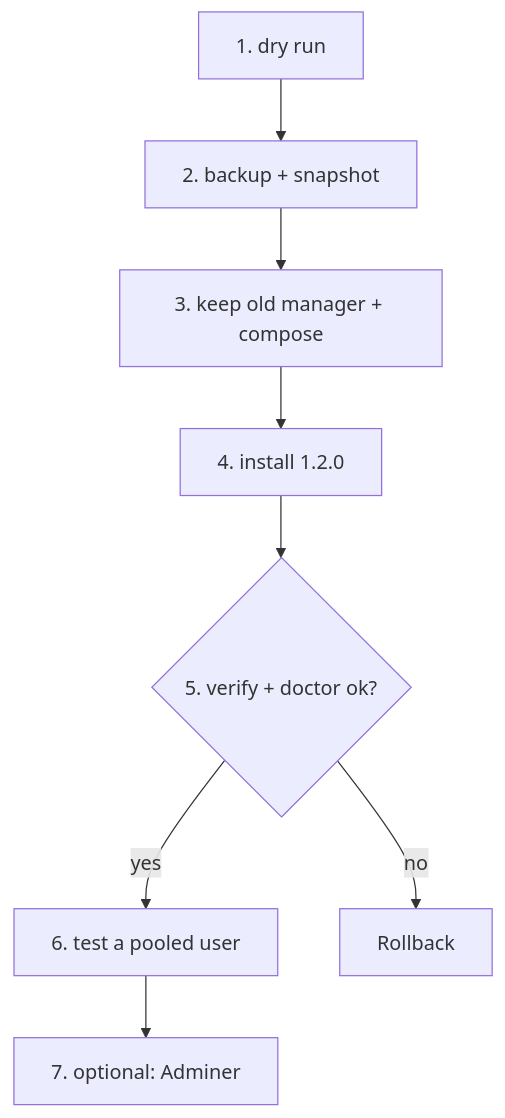
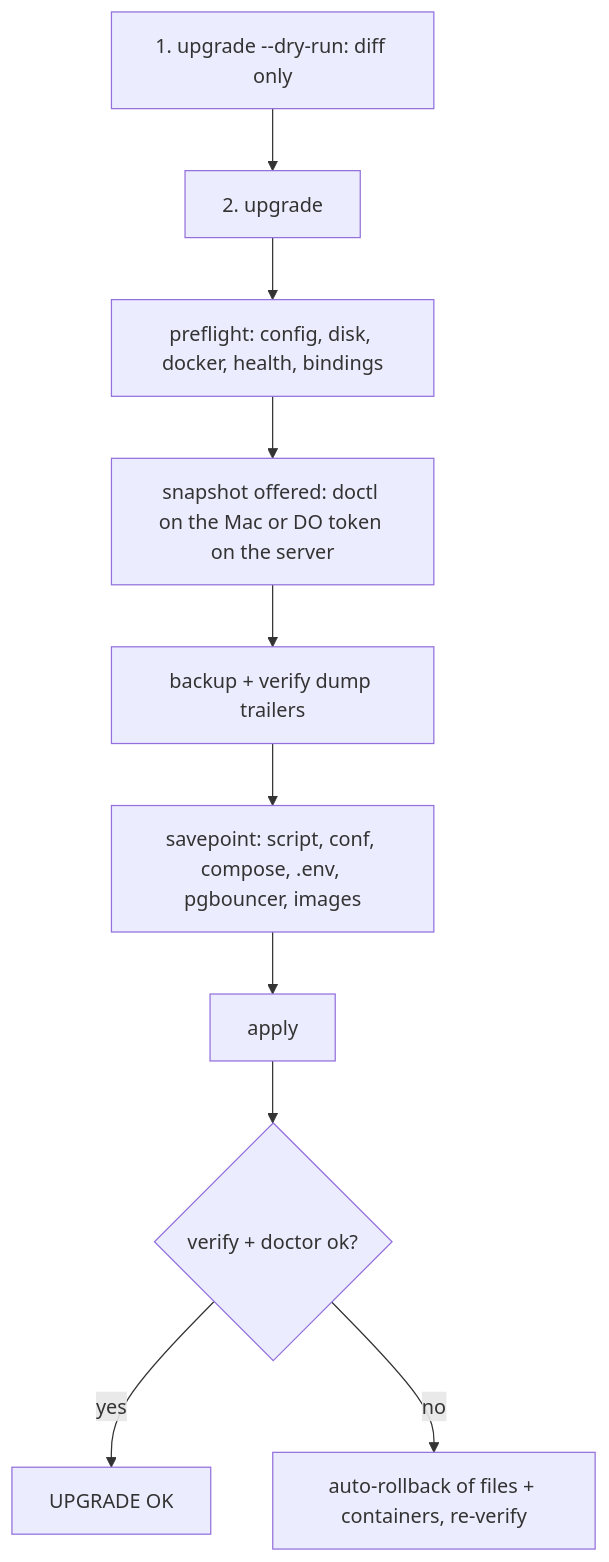
Before and after one commit to simtabi/server-infra-workbench: the diagram in docs/runbooks/rollout-plan.md, drawn with Mermaid. The commit also changed other lines of this file and 8 other files, not shown here.

Commit message:
manager 1.3.0: guided upgrade/apply (preflight, config validation, diff, snapshot offer, verified backup, savepoint, auto-rollback), lock, redacted log; fix pgvector build (ca-certificates), doctor without ss; make it; docs

````diff
--- a/docs/runbooks/rollout-plan.md
+++ b/docs/runbooks/rollout-plan.md
@@ -10,10 +10,12 @@
 ```mermaid
 flowchart TD
-  A[1. dry run] --> B[2. backup + snapshot]
-  B --> C[3. keep old manager + compose]
-  C --> D[4. install 1.2.0]
-  D --> E{5. verify + doctor ok?}
-  E -- yes --> F[6. test a pooled user]
-  F --> G[7. optional: Adminer]
-  E -- no --> R[Rollback]
+  A[1. upgrade --dry-run: diff only] --> B[2. upgrade]
+  B --> P[preflight: config, disk, docker, health, bindings]
+  P --> S[snapshot offered: doctl on the Mac or DO token on the server]
+  S --> K[backup + verify dump trailers]
+  K --> V[savepoint: script, conf, compose, .env, pgbouncer, images]
+  V --> X[apply]
+  X --> Y{verify + doctor ok?}
+  Y -- yes --> Z[UPGRADE OK]
+  Y -- no --> R[auto-rollback of files + containers, re-verify]
 ```
````
